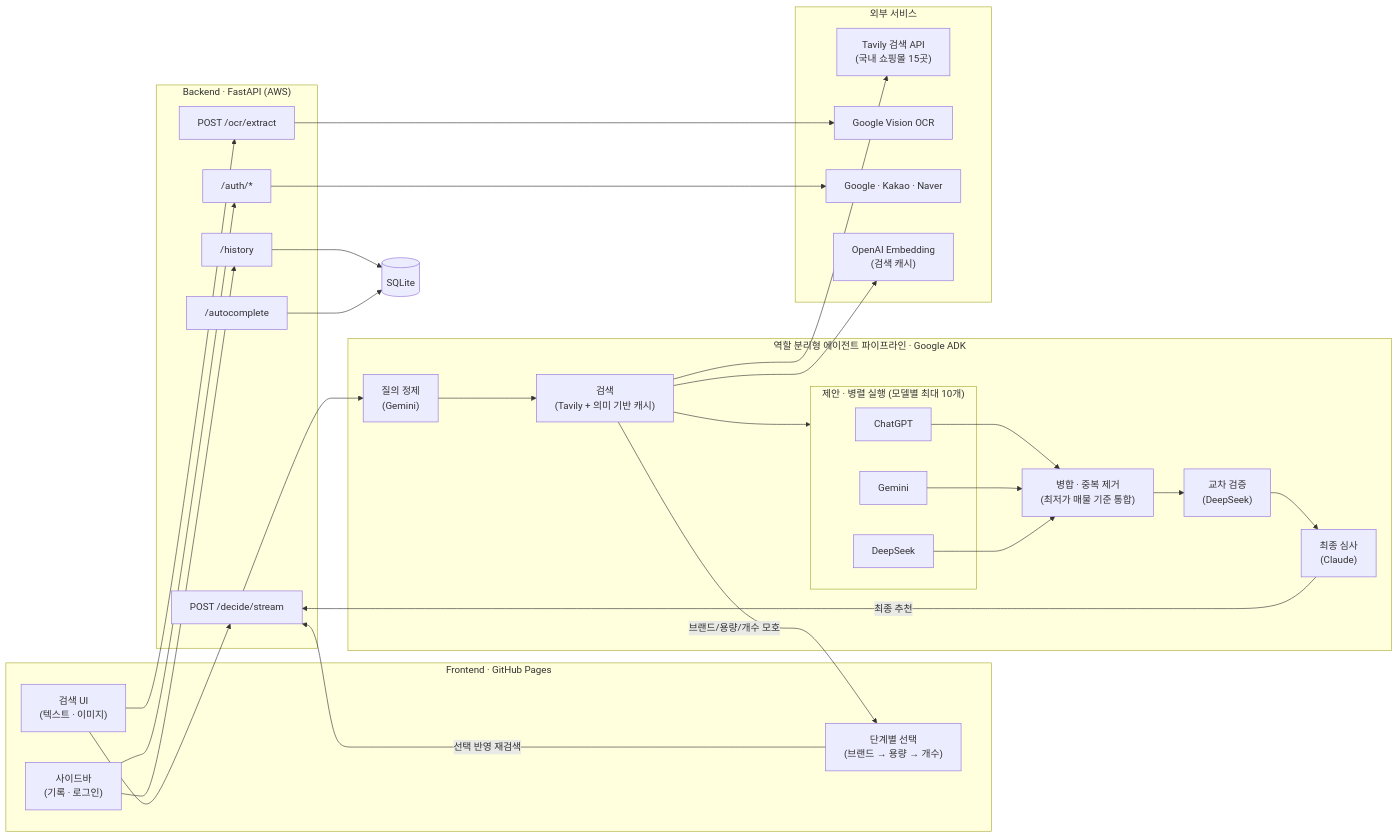
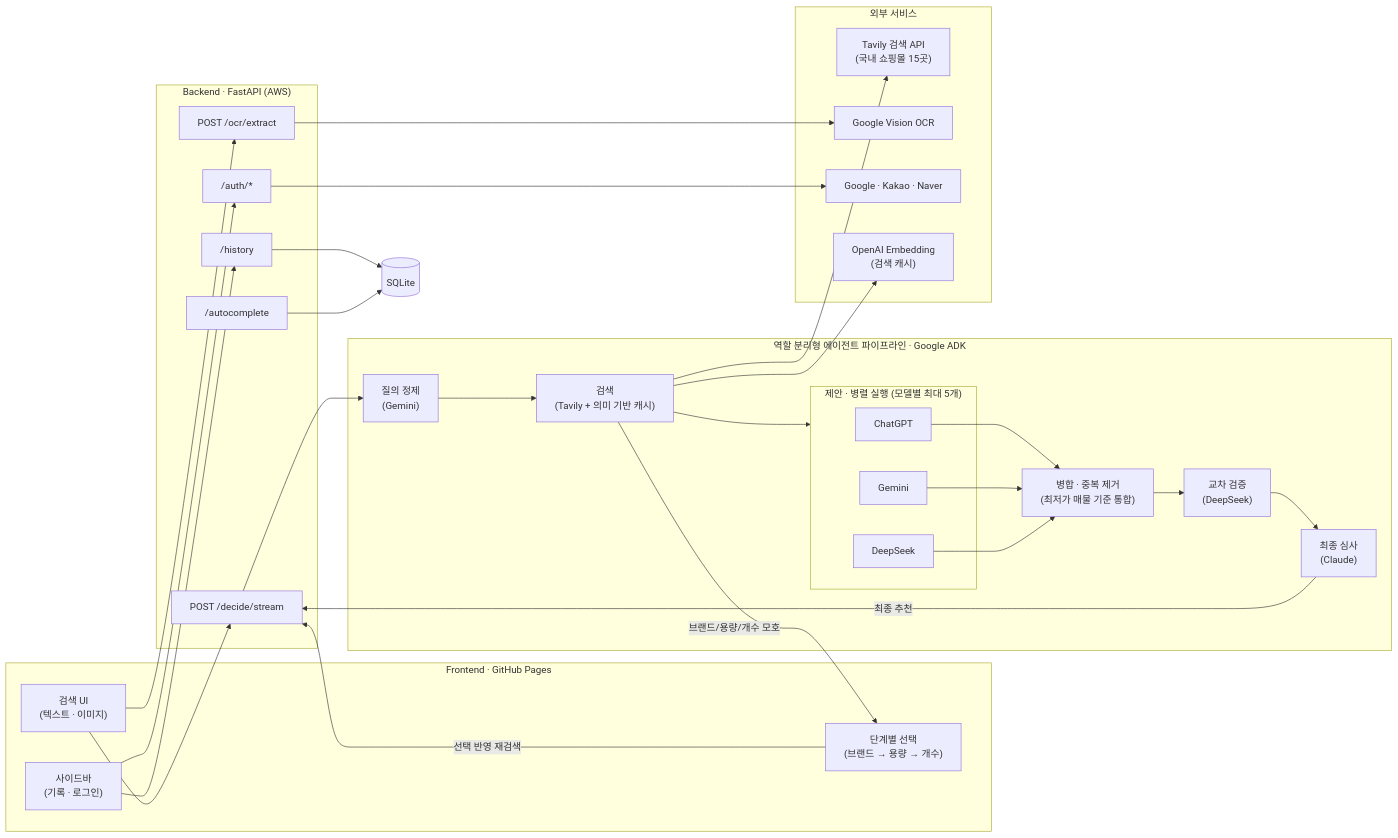
The first of 2 diagrams in README.md (Alpha-pick00/Alpha-pick00.github.io), drawn with Mermaid before and after one commit. The commit also changed other lines of this file and 2 other files, not shown here.

````diff
--- a/README.md
+++ b/README.md
@@ -15,57 +15,57 @@
 ```mermaid
 flowchart LR
     subgraph FE["Frontend · GitHub Pages"]
         UI["검색 UI<br/>(텍스트 · 이미지)"]
         HITL["단계별 선택<br/>(브랜드 → 용량 → 개수)"]
         SB["사이드바<br/>(기록 · 로그인)"]
     end
 
     subgraph BE["Backend · FastAPI (AWS)"]
         DECIDE["POST /decide/stream"]
         OCR["POST /ocr/extract"]
         AUTH["/auth/*"]
         HIST["/history"]
         AC["/autocomplete"]
     end
 
     subgraph PIPE["역할 분리형 에이전트 파이프라인 · Google ADK"]
         REFINE["질의 정제<br/>(Gemini)"]
         SEARCH["검색<br/>(Tavily + 의미 기반 캐시)"]
-        subgraph PROPOSE["제안 · 병렬 실행 (모델별 최대 10개)"]
+        subgraph PROPOSE["제안 · 병렬 실행 (모델별 최대 5개)"]
             GPT["ChatGPT"]
             GEMINI["Gemini"]
             DEEPSEEK["DeepSeek"]
         end
         MERGE["병합 · 중복 제거<br/>(최저가 매물 기준 통합)"]
         CHALLENGE["교차 검증<br/>(DeepSeek)"]
         JUDGE["최종 심사<br/>(Claude)"]
     end
 
     subgraph EXT["외부 서비스"]
         TAVILY["Tavily 검색 API<br/>(국내 쇼핑몰 15곳)"]
         VISION["Google Vision OCR"]
         OAUTH["Google · Kakao · Naver"]
         EMBED["OpenAI Embedding<br/>(검색 캐시)"]
     end
 
     DB[(SQLite)]
 
     UI --> DECIDE
     UI --> OCR
     SB --> AUTH
     SB --> HIST
 
     DECIDE --> REFINE --> SEARCH
     SEARCH --> TAVILY
     SEARCH --> EMBED
     SEARCH -- "브랜드/용량/개수 모호" --> HITL
     HITL -- 선택 반영 재검색 --> DECIDE
     SEARCH --> PROPOSE
     GPT & GEMINI & DEEPSEEK --> MERGE --> CHALLENGE --> JUDGE
     JUDGE -- 최종 추천 --> DECIDE
 
     OCR --> VISION
     AUTH --> OAUTH
     HIST --> DB
     AC --> DB
 ```
````
